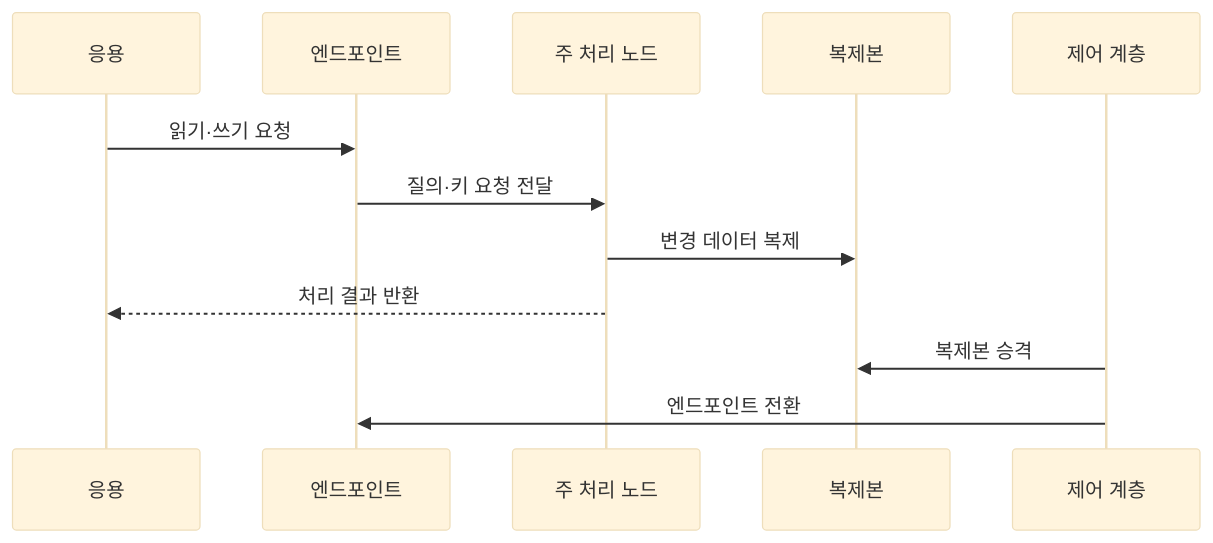
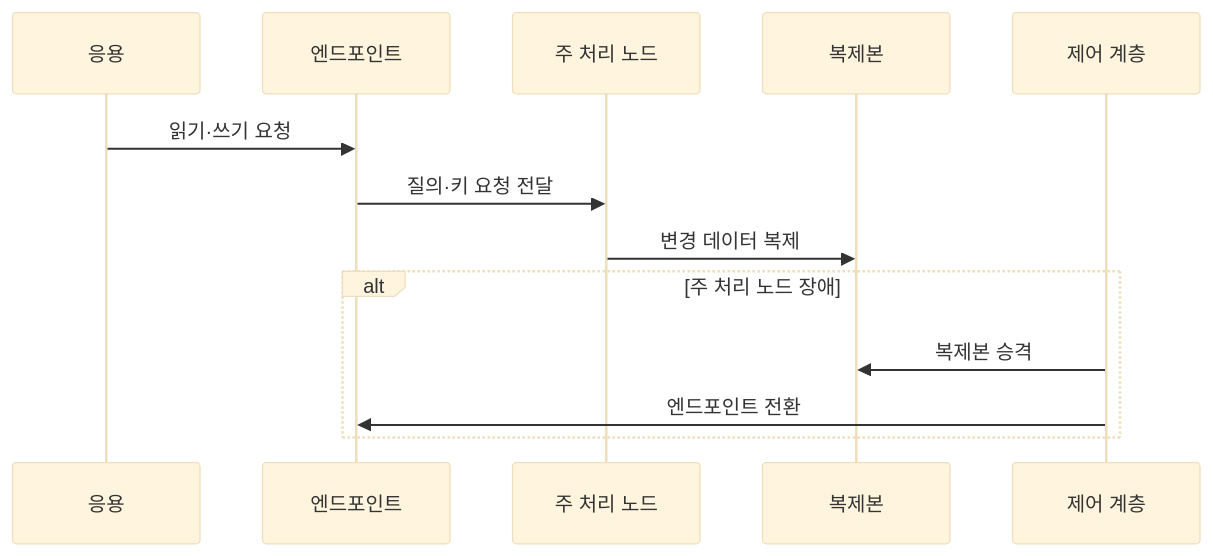
One commit to agnusdei1207/knowledge-base changed the diagram in src/content/docs/notes/03-software/113_cloud_database.md. Above: the diagram before and after it, drawn with Mermaid (base theme). The commit also changed other lines of this file and 13 other files, not shown here.

````diff
--- a/src/content/docs/notes/03-software/113_cloud_database.md
+++ b/src/content/docs/notes/03-software/113_cloud_database.md
@@ -81,14 +71,15 @@
 ```mermaid
 sequenceDiagram
     participant A as 응용
     participant E as 엔드포인트
     participant P as 주 처리 노드
     participant R as 복제본
     participant C as 제어 계층
     A->>E: 읽기·쓰기 요청
     E->>P: 질의·키 요청 전달
     P->>R: 변경 데이터 복제
-    P-->>A: 처리 결과 반환
-    C->>R: 복제본 승격
-    C->>E: 엔드포인트 전환
+    alt 주 처리 노드 장애
+        C->>R: 복제본 승격
+        C->>E: 엔드포인트 전환
+    end
 ```
````
